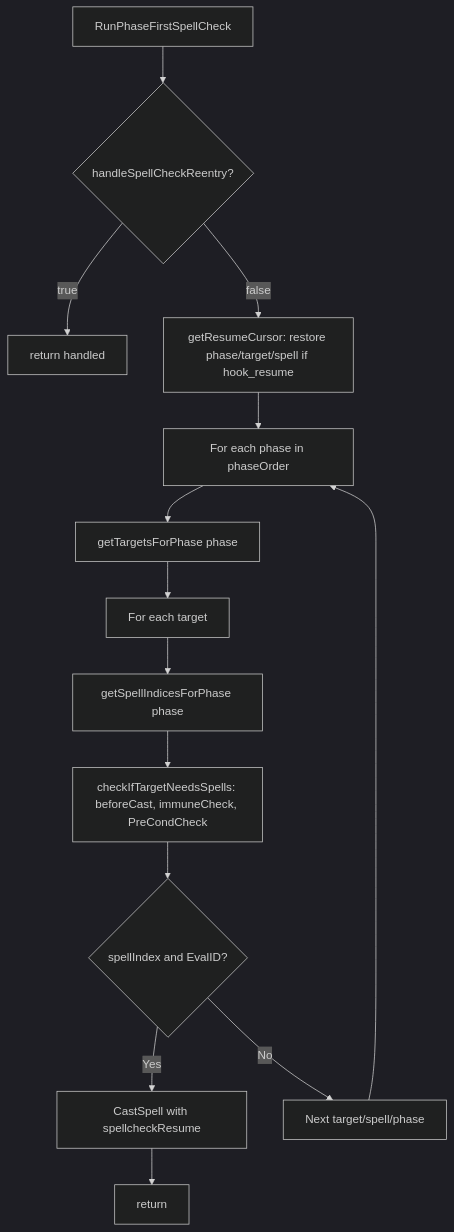
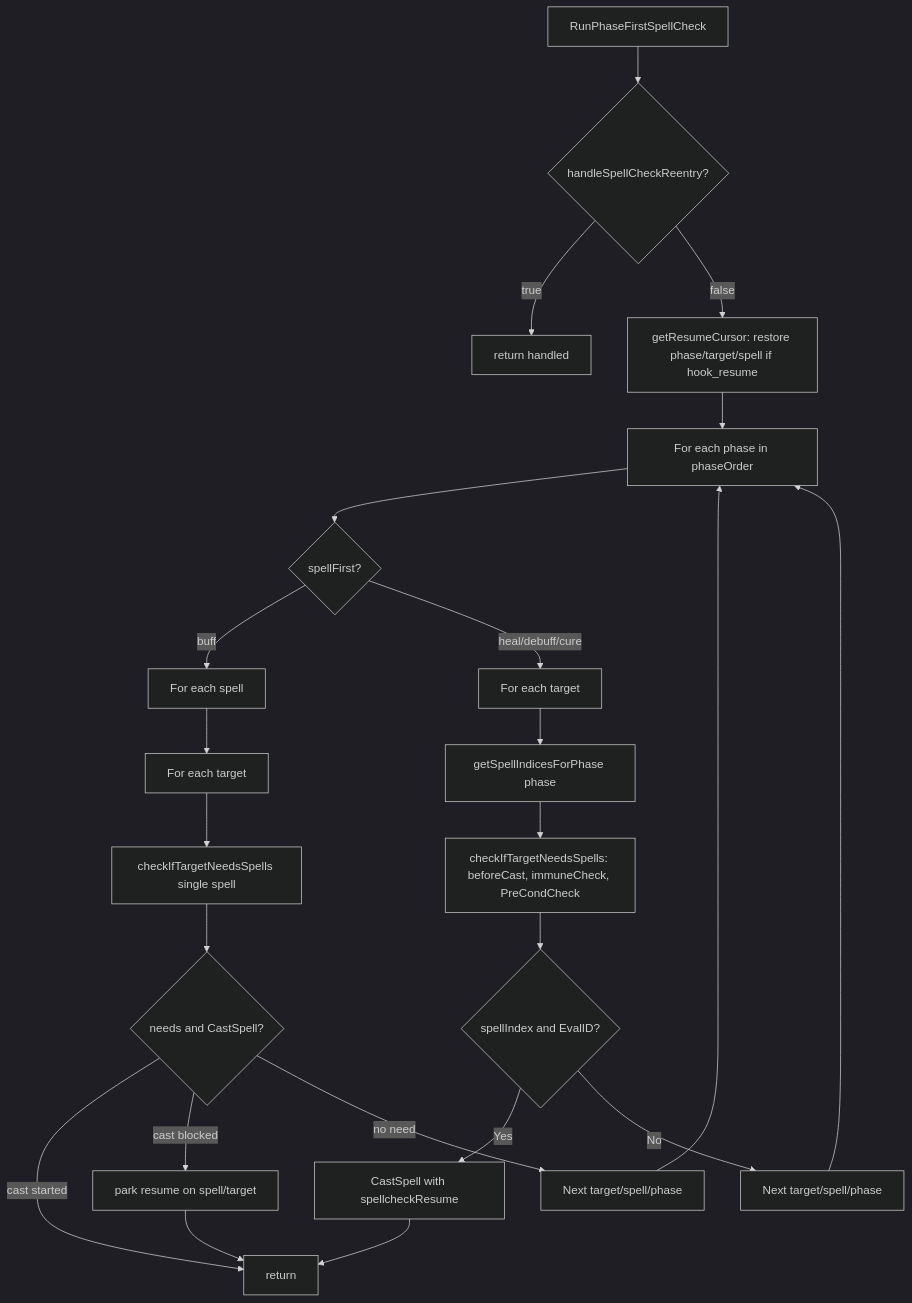
Before and after one commit to Cezero/czbot: the first of 3 diagrams in docs/botlogic/spell-casting-flow.md, drawn with Mermaid (dark theme). The commit also changed other lines of this file and 5 other files, not shown here.

````diff
--- a/docs/botlogic/spell-casting-flow.md
+++ b/docs/botlogic/spell-casting-flow.md
@@ -9,16 +9,25 @@
 ```mermaid
 flowchart TB
     Start[RunPhaseFirstSpellCheck] --> Reentry{handleSpellCheckReentry?}
     Reentry -->|true| Handled[return handled]
     Reentry -->|false| Cursor[getResumeCursor: restore phase/target/spell if hook_resume]
     Cursor --> Loop[For each phase in phaseOrder]
-    Loop --> Targets[getTargetsForPhase phase]
-    Targets --> TLoop[For each target]
+    Loop --> SpellFirst{spellFirst?}
+    SpellFirst -->|buff| SLoop[For each spell]
+    SLoop --> TLoopBuff[For each target]
+    TLoopBuff --> CheckBuff[checkIfTargetNeedsSpells single spell]
+    CheckBuff --> MatchBuff{needs and CastSpell?}
+    MatchBuff -->|cast started| Done[return]
+    MatchBuff -->|cast blocked| Park[park resume on spell/target]
+    MatchBuff -->|no need| NextBuff[Next target/spell/phase]
+    SpellFirst -->|heal/debuff/cure| TLoop[For each target]
     TLoop --> Spells[getSpellIndicesForPhase phase]
     Spells --> Check[checkIfTargetNeedsSpells: beforeCast, immuneCheck, PreCondCheck]
     Check --> Match{spellIndex and EvalID?}
     Match -->|Yes| Cast[CastSpell with spellcheckResume]
-    Cast --> Done[return]
+    Cast --> Done
     Match -->|No| Next[Next target/spell/phase]
     Next --> Loop
+    NextBuff --> Loop
+    Park --> Done
 ```
````
